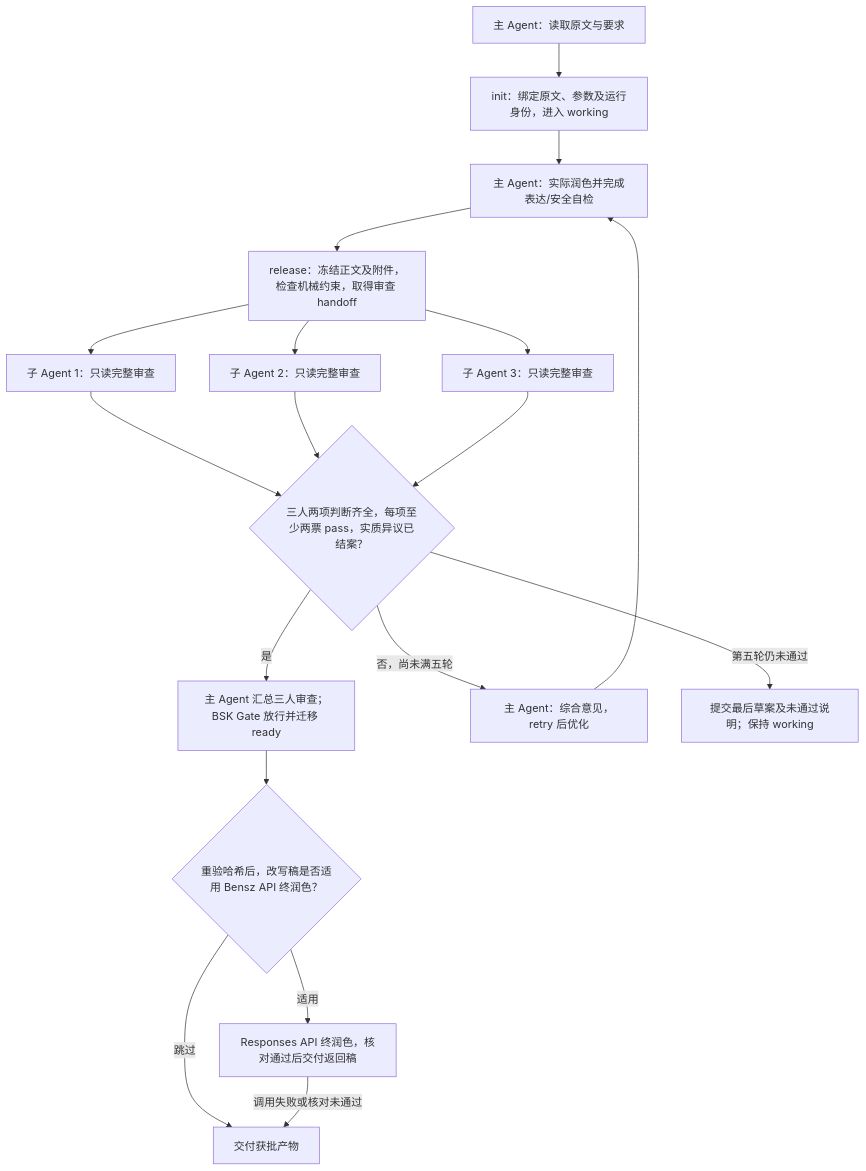
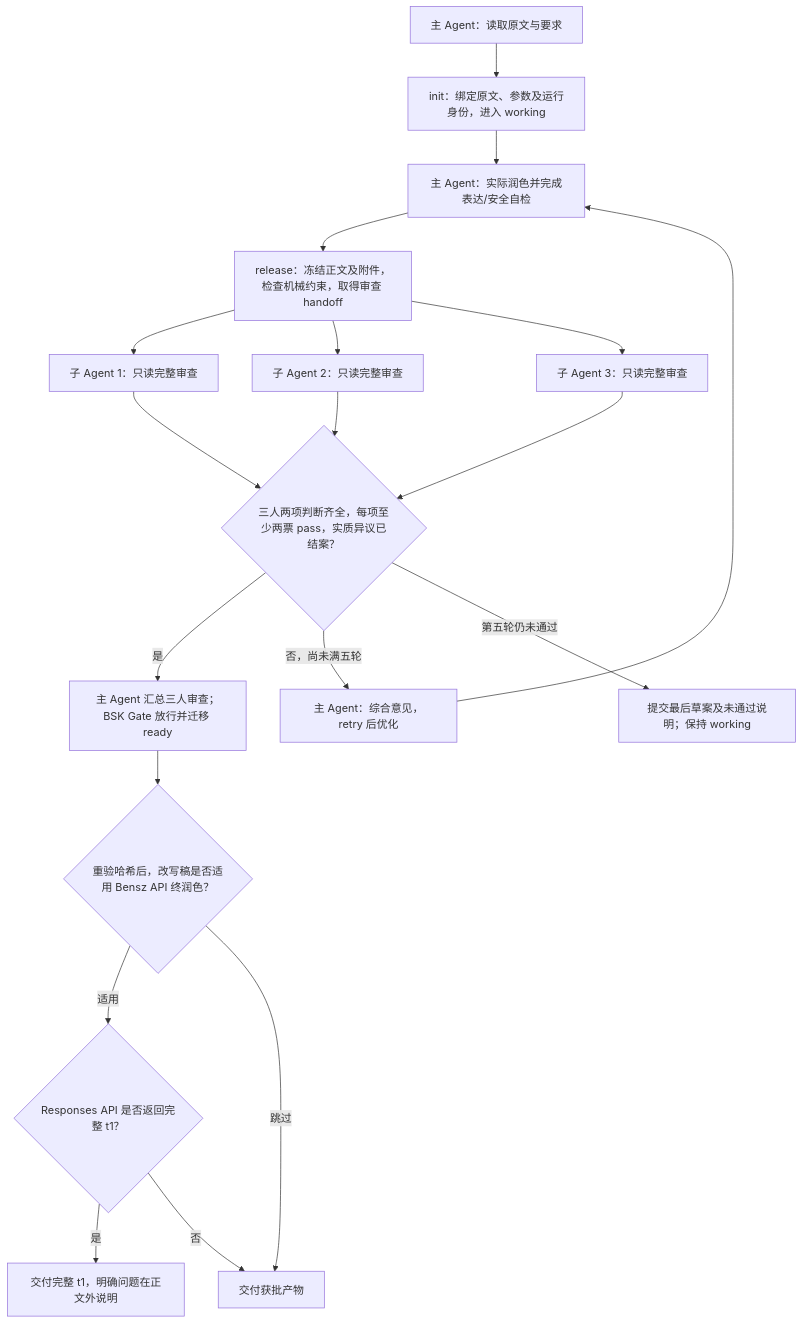
Before and after one commit to huangwb8/skills: the diagram in skills/alpha/humanization/README.md, drawn with Mermaid. The commit also changed other lines of this file and 8 other files, not shown here.

````diff
--- a/skills/alpha/humanization/README.md
+++ b/skills/alpha/humanization/README.md
@@ -40,20 +40,21 @@
 ```mermaid
 flowchart TD
     A["主 Agent：读取原文与要求"] --> B["init：绑定原文、参数及运行身份，进入 working"]
     B --> C["主 Agent：实际润色并完成表达/安全自检"]
     C --> D["release：冻结正文及附件，检查机械约束，取得审查 handoff"]
     D --> R1["子 Agent 1：只读完整审查"]
     D --> R2["子 Agent 2：只读完整审查"]
     D --> R3["子 Agent 3：只读完整审查"]
     R1 --> Q{"三人两项判断齐全，每项至少两票 pass，实质异议已结案？"}
     R2 --> Q
     R3 --> Q
     Q -->|是| G["主 Agent 汇总三人审查；BSK Gate 放行并迁移 ready"]
     G --> F{"重验哈希后，改写稿是否适用 Bensz API 终润色？"}
-    F -->|适用| P["Responses API 终润色，核对通过后交付返回稿"]
+    F -->|适用| P{"Responses API 是否返回完整 t1？"}
+    P -->|是| T["交付完整 t1，明确问题在正文外说明"]
     F -->|跳过| O["交付获批产物"]
-    P -->|调用失败或核对未通过| O
+    P -->|否| O
     Q -->|否，尚未满五轮| E["主 Agent：综合意见，retry 后优化"]
     E --> C
     Q -->|第五轮仍未通过| X["提交最后草案及未通过说明；保持 working"]
 ```
````
